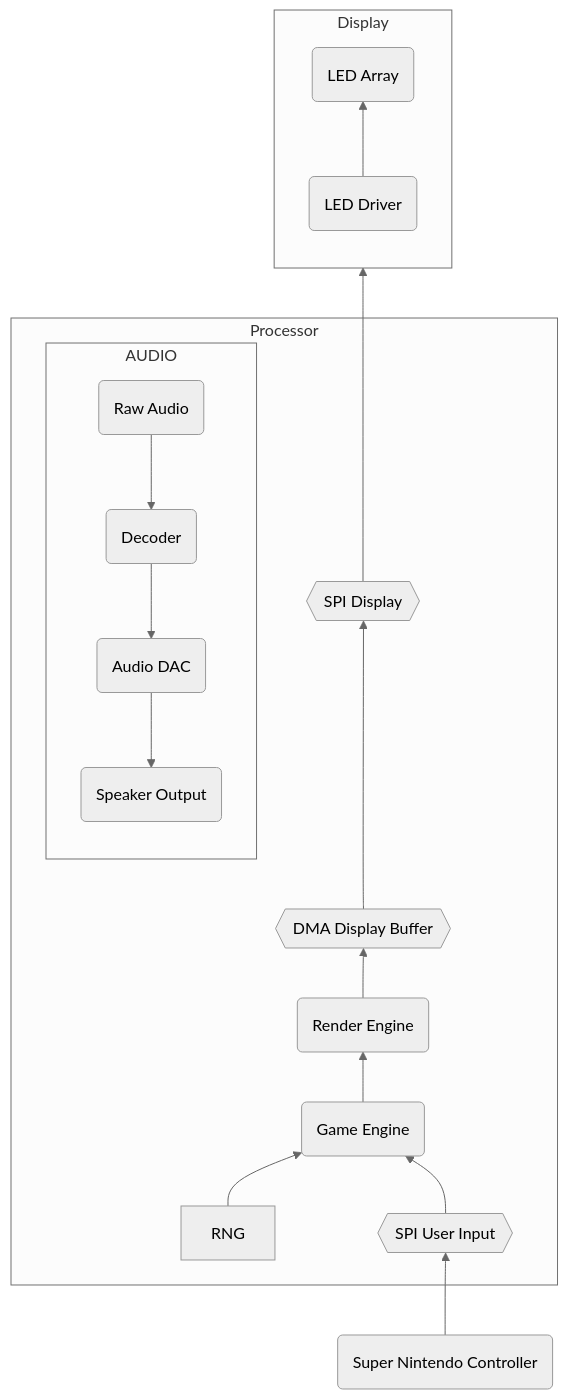
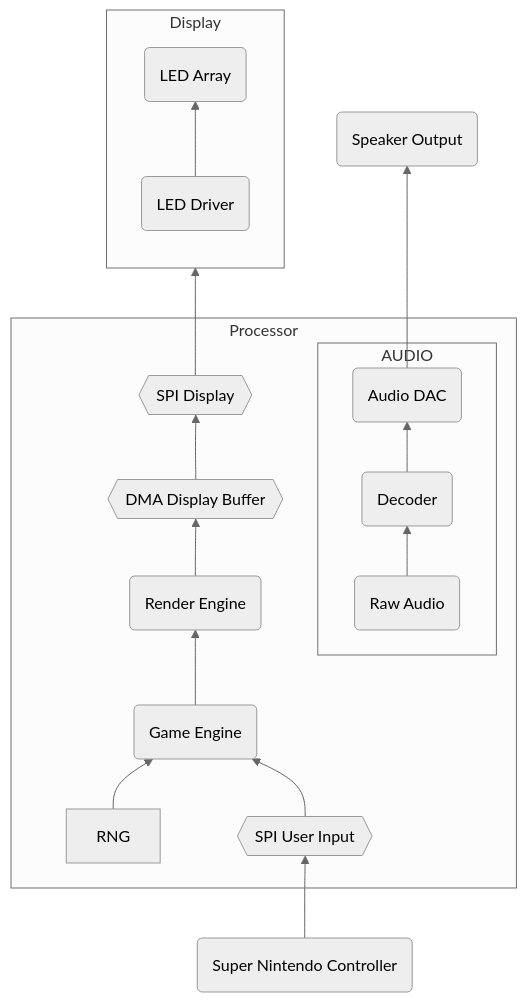
The diagram in block_detailed.md (themjbe/STM32-Tetris), drawn with Mermaid (neutral theme) before and after one commit. The commit also changed 1 other file, not shown here.

````diff
--- a/block_detailed.md
+++ b/block_detailed.md
@@ -1,39 +1,38 @@
 ```mermaid
   flowchart BT
     Display
     subgraph Display
         direction BT
         LED_ARRAY(LED Array)
         LED_DRIVER(LED Driver)
         LED_DRIVER-->LED_ARRAY
     end
 
     SPEAKER_OUT(Speaker Output)
+    AUDIO_DAC-->SPEAKER_OUT
     SPI_DISP-->LED_DRIVER
     
     Processor
     subgraph Processor
         SPI_DISP{{SPI Display}}
         BUFFER{{DMA Display Buffer}}
         BUFFER-->SPI_DISP
         RENDER_ENGINE(Render Engine)
         RENDER_ENGINE-->BUFFER
         GAME_ENGINE(Game Engine)
         GAME_ENGINE-->RENDER_ENGINE
         RNG
         RNG-->GAME_ENGINE
         SPI_UI{{SPI User Input}}
         SPI_UI-->GAME_ENGINE
         subgraph AUDIO
             RAW_AUDIO(Raw Audio)
             DECODER(Decoder)
             RAW_AUDIO-->DECODER
             AUDIO_DAC(Audio DAC)
             DECODER-->AUDIO_DAC
-            AUDIO_DAC-->SPEAKER_OUT
         end
     end
     SNES_CONT(Super Nintendo Controller)
     SNES_CONT-->SPI_UI
-
 ```
````
